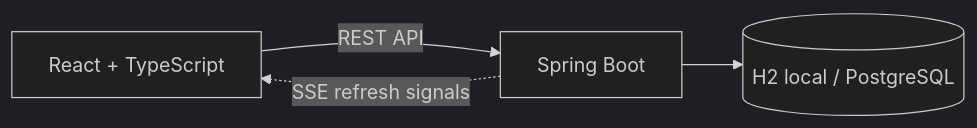
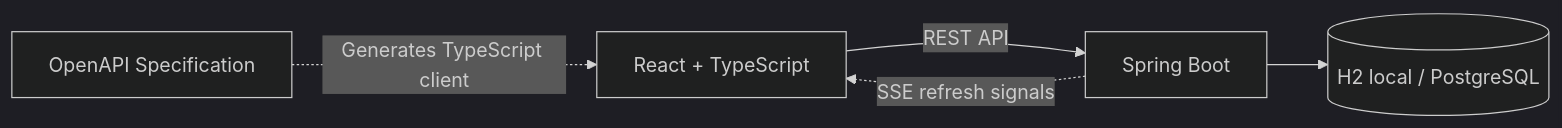
One commit to chankiahuja/pantry-pal changed the diagram in README.md. Above: the diagram before and after it, drawn with Mermaid (dark theme).

Commit message:
docs: show OpenAPI-generated client in README architecture diagram

````diff
--- a/README.md
+++ b/README.md
@@ -53,6 +53,7 @@
 ```mermaid
 flowchart LR
     UI["React + TypeScript"] -->|"REST API"| API["Spring Boot"]
     API --> DB[("H2 local / PostgreSQL")]
     API -.->|"SSE refresh signals"| UI
+    SPEC["OpenAPI Specification"] -.->|"Generates TypeScript client"| UI
 ```
````
